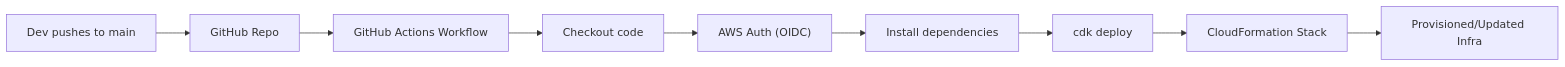
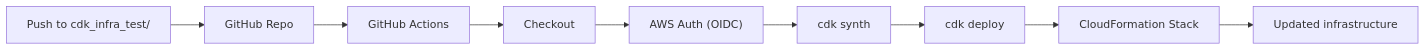
Before and after one commit to enkumamoto/cdk_infra_test: the sixth of 6 diagrams in README-EN.md, drawn with Mermaid. The commit also changed other lines of this file and 9 other files, not shown here.

````diff
--- a/README-EN.md
+++ b/README-EN.md
@@ -301,14 +421,11 @@
 ```mermaid
 flowchart LR
-    Dev["Dev pushes to main"] --> GitHub["GitHub Repo"]
-
-    GitHub --> Actions["GitHub Actions Workflow"]
-
-    Actions --> Checkout["Checkout code"]
+    Dev["Push to cdk_infra_test/"] --> GitHub["GitHub Repo"]
+    GitHub --> Actions["GitHub Actions"]
+    Actions --> Checkout["Checkout"]
     Checkout --> Auth["AWS Auth (OIDC)"]
-    Auth --> Deps["Install dependencies"]
-    Deps --> CDK["cdk deploy"]
-
-    CDK --> CloudFormation["CloudFormation Stack"]
-    CloudFormation --> Infra["Provisioned/Updated Infra"]
+    Auth --> Synth["cdk synth"]
+    Synth --> Deploy["cdk deploy"]
+    Deploy --> CFN["CloudFormation Stack"]
+    CFN --> Infra["Updated infrastructure"]
 ```
````
